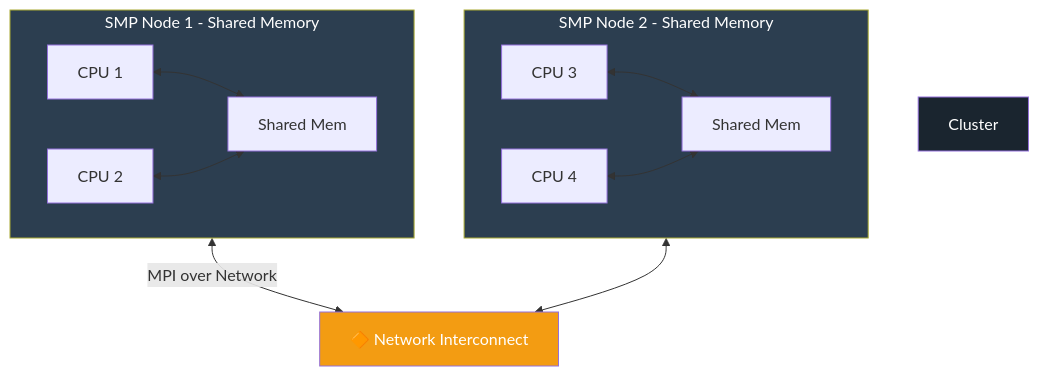
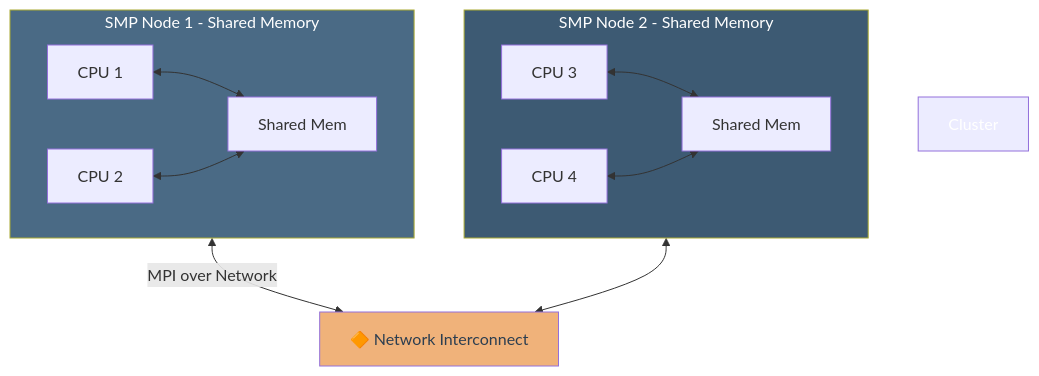
One commit to Dharani9018/Academic_stuff changed the fourth of 20 diagrams in sem4/MPCA/U4/README.md. Above: the diagram before and after it, drawn with Mermaid. The commit also changed other lines of this file and 3 other files, not shown here.

````diff
--- a/sem4/MPCA/U4/README.md
+++ b/sem4/MPCA/U4/README.md
@@ -199,20 +199,20 @@
 ```mermaid
 graph TD
-    style Cluster fill:#1a252f,color:#fff
-    style SMP1 fill:#2c3e50,color:#fff
-    style SMP2 fill:#2c3e50,color:#fff
-    style NET fill:#f39c12,color:#fff
+    style Cluster fill:#2a3b0,color:#fff
+    style SMP1 fill:#4a6a85,color:#fff
+    style SMP2 fill:#3d5a73,color:#fff
+    style NET fill:#f0b27a,color:#2c3e50
 
     subgraph SMP1[SMP Node 1 - Shared Memory]
         C1[CPU 1] <--> SM1[Shared Mem]
         C2[CPU 2] <--> SM1
     end
 
     subgraph SMP2[SMP Node 2 - Shared Memory]
         C3[CPU 3] <--> SM2[Shared Mem]
         C4[CPU 4] <--> SM2
     end
 
     SMP1 <-->|MPI over Network| NET[🔶 Network Interconnect]
     SMP2 <--> NET
 ```
````
